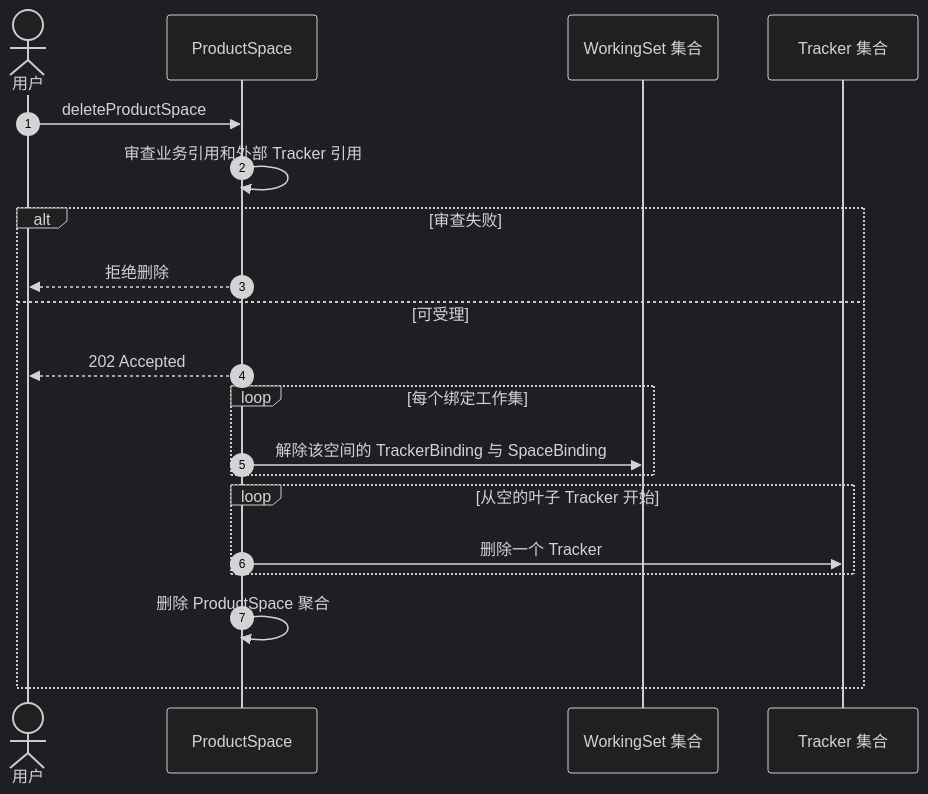
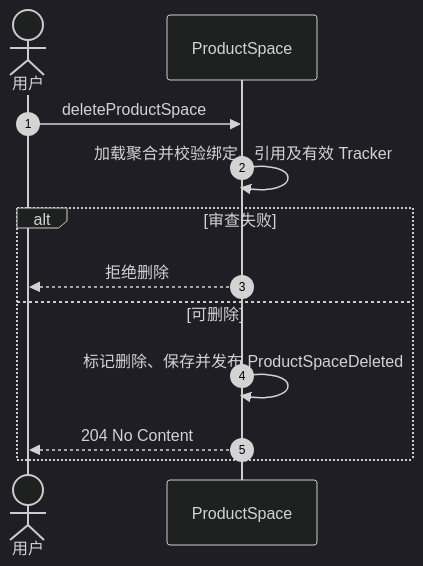
The third of 4 diagrams in docs/working-set/10-diagrams/binding-lifecycle.md (Greytrack/ddd-workingset), drawn with Mermaid (dark theme) before and after one commit. The commit also changed other lines of this file and 69 other files, not shown here.

First line of the commit message:
feat(工作集) Tracker 软删与 ProductSpace 删除只写自身聚合

````diff
--- a/docs/working-set/10-diagrams/binding-lifecycle.md
+++ b/docs/working-set/10-diagrams/binding-lifecycle.md
@@ -59,23 +59,14 @@
 ```mermaid
 sequenceDiagram
     autonumber
     actor U as 用户
     participant PS as ProductSpace
-    participant WS as WorkingSet 集合
-    participant TR as Tracker 集合
-
     U->>PS: deleteProductSpace
-    PS->>PS: 审查业务引用和外部 Tracker 引用
+    PS->>PS: 加载聚合并校验绑定、引用及有效 Tracker
     alt 审查失败
         PS-->>U: 拒绝删除
-    else 可受理
-        PS-->>U: 202 Accepted
-        loop 每个绑定工作集
-            PS->>WS: 解除该空间的 TrackerBinding 与 SpaceBinding
-        end
-        loop 从空的叶子 Tracker 开始
-            PS->>TR: 删除一个 Tracker
-        end
-        PS->>PS: 删除 ProductSpace 聚合
+    else 可删除
+        PS->>PS: 标记删除、保存并发布 ProductSpaceDeleted
+        PS-->>U: 204 No Content
     end
 ```
````
